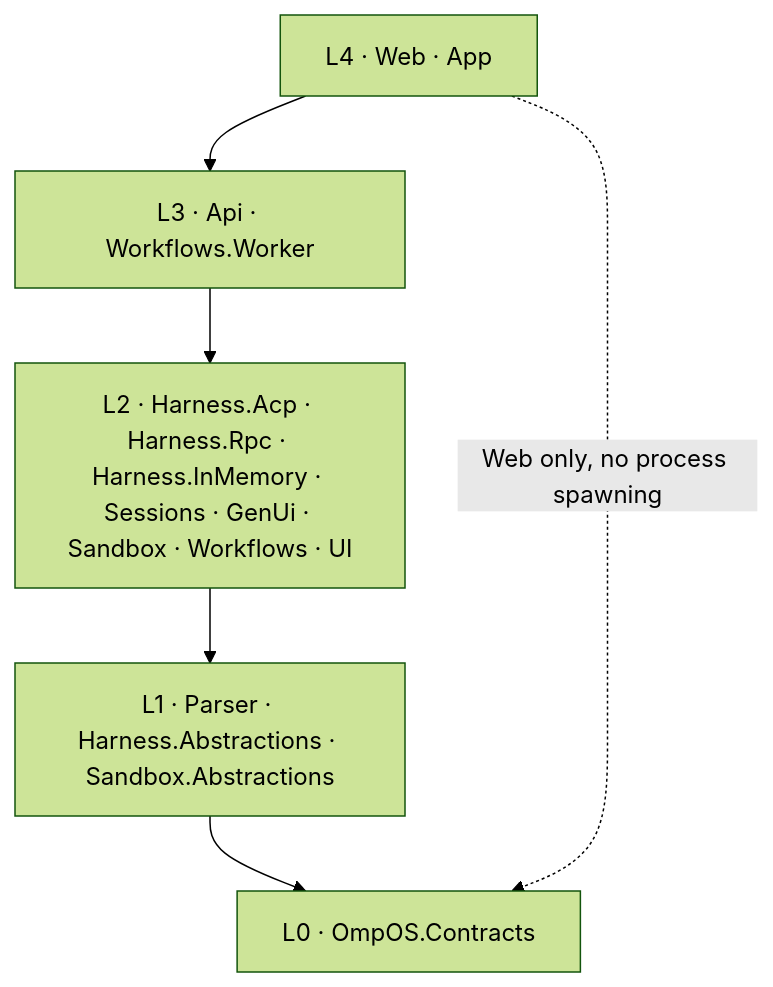
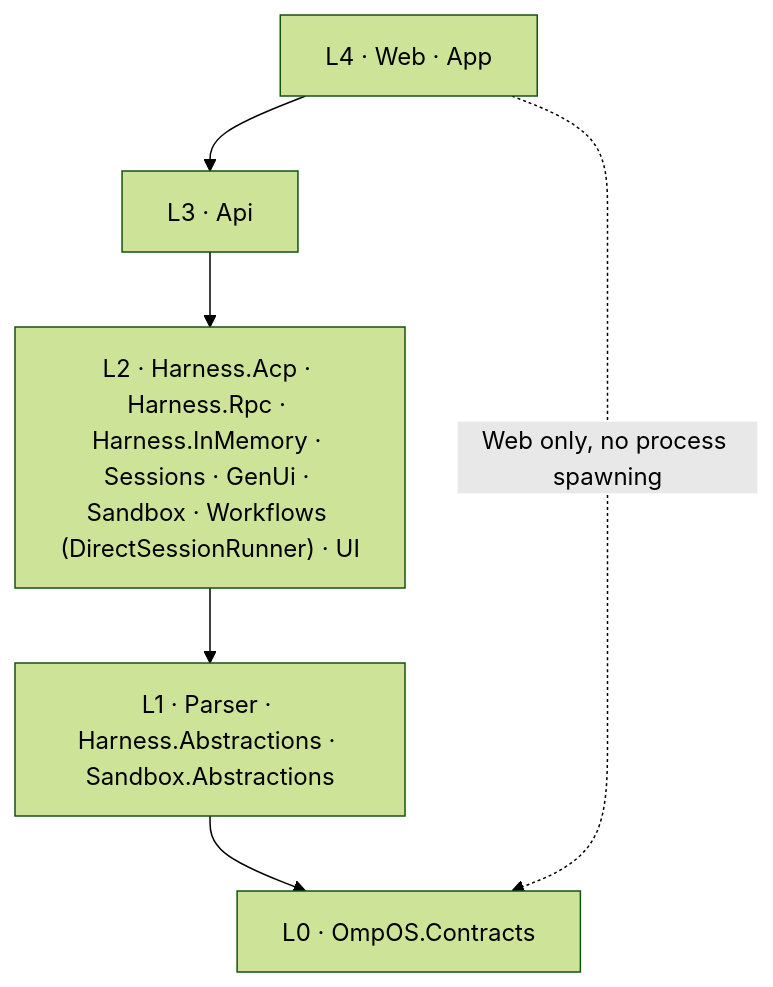
The diagram in docs/architecture.md (swcstudiospace/OmpOS), drawn with Mermaid (forest theme) before and after one commit. The commit also changed other lines of this file and 185 other files, not shown here.

````diff
--- a/docs/architecture.md
+++ b/docs/architecture.md
@@ -7,13 +7,13 @@
 ```mermaid
 flowchart TB
     L0["L0 · OmpOS.Contracts"]
     L1["L1 · Parser · Harness.Abstractions · Sandbox.Abstractions"]
-    L2["L2 · Harness.Acp · Harness.Rpc · Harness.InMemory · Sessions · GenUi · Sandbox · Workflows · UI"]
-    L3["L3 · Api · Workflows.Worker"]
+    L2["L2 · Harness.Acp · Harness.Rpc · Harness.InMemory · Sessions · GenUi · Sandbox · Workflows (DirectSessionRunner) · UI"]
+    L3["L3 · Api"]
     L4["L4 · Web · App"]
     L4 --> L3
     L3 --> L2
     L2 --> L1
     L1 --> L0
     L4 -. Web only, no process spawning .-> L0
 ```
````
